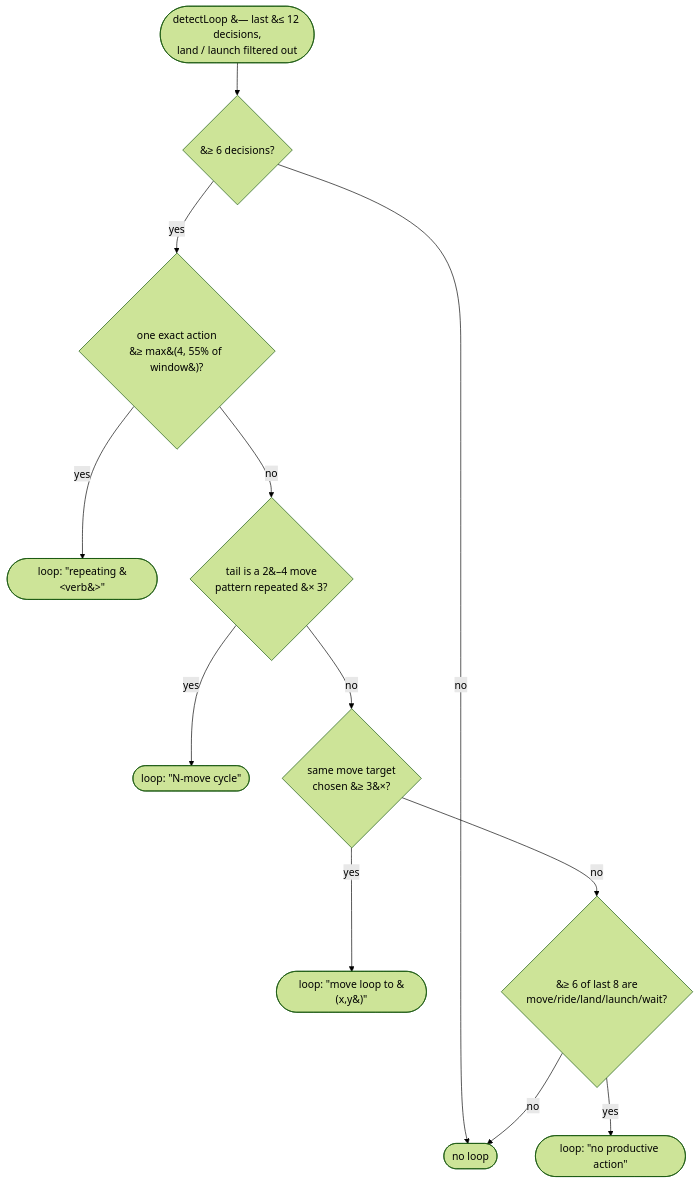
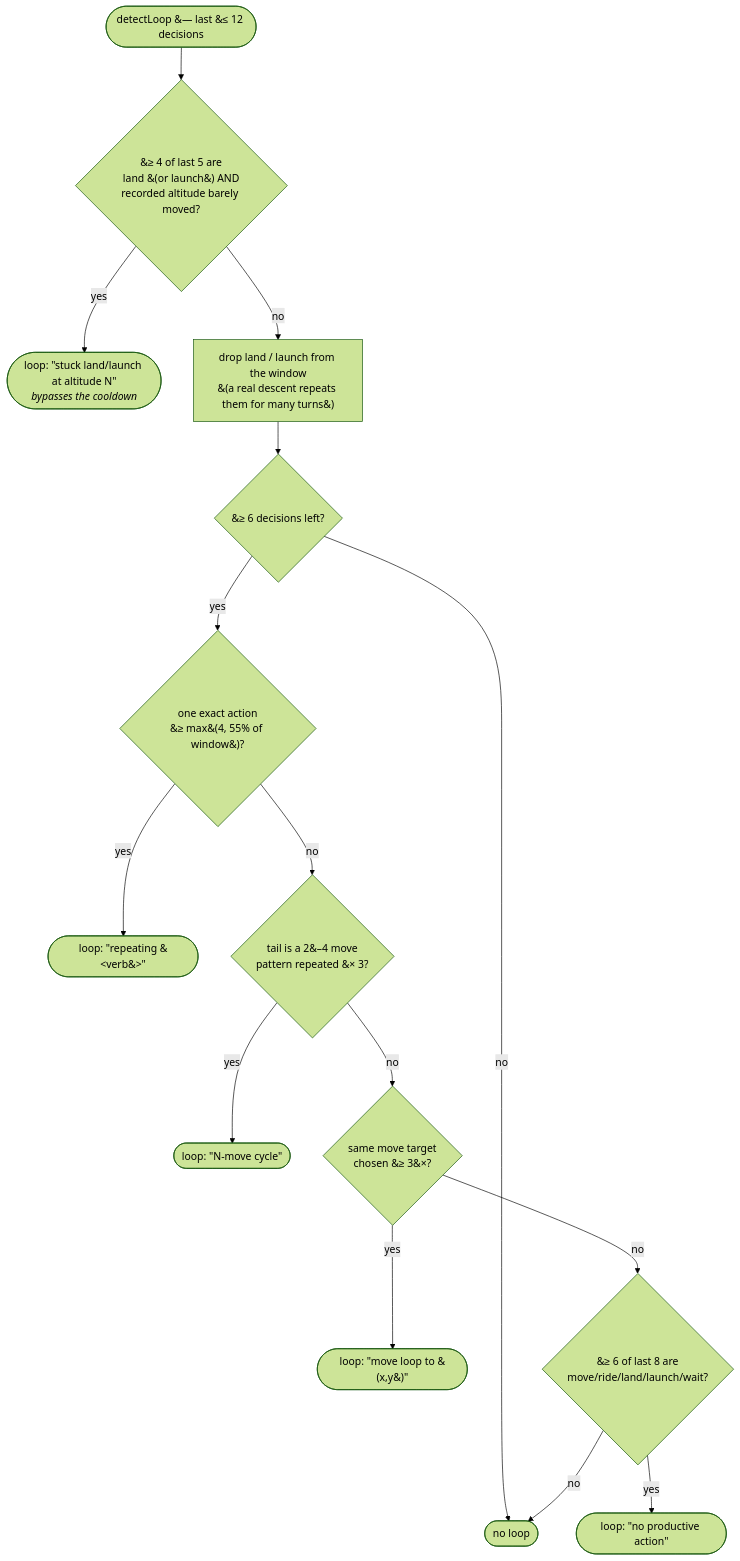
The third of 5 diagrams in docs/PLAYBOOK.md (discord-php/DiscordPHP-NHA), drawn with Mermaid (forest theme) before and after one commit. The commit also changed other lines of this file and 6 other files, not shown here.

First line of the commit message:
Release 3.1.20: detect a stuck descent; record blocked combines

````diff
--- a/docs/PLAYBOOK.md
+++ b/docs/PLAYBOOK.md
@@ -114,14 +111,17 @@
 ```mermaid
 flowchart TD
-    d([detectLoop &#8212; last &#8804; 12 decisions,<br/>land / launch filtered out]) --> n{&#8805; 6 decisions?}
+    d([detectLoop &#8212; last &#8804; 12 decisions]) --> c0{&#8805; 4 of last 5 are<br/>land &#40;or launch&#41; AND<br/>recorded altitude barely moved?}
+    c0 -- yes --> hit0([loop: &quot;stuck land/launch at altitude N&quot;<br/><i>bypasses the cooldown</i>])
+    c0 -- no --> f["drop land / launch from the window<br/>&#40;a real descent repeats them for many turns&#41;"]
+    f --> n{&#8805; 6 decisions left?}
     n -- no --> ok([no loop])
     n -- yes --> c1{one exact action<br/>&#8805; max&#40;4, 55% of window&#41;?}
     c1 -- yes --> hit([loop: &quot;repeating &#60;verb&#62;&quot;])
     c1 -- no --> c2{tail is a 2&#8211;4 move<br/>pattern repeated &#215; 3?}
     c2 -- yes --> hit2([loop: &quot;N-move cycle&quot;])
     c2 -- no --> c3{same move target<br/>chosen &#8805; 3&#215;?}
     c3 -- yes --> hit3([loop: &quot;move loop to &#40;x,y&#41;&quot;])
     c3 -- no --> c4{&#8805; 6 of last 8 are<br/>move/ride/land/launch/wait?}
     c4 -- yes --> hit4([loop: &quot;no productive action&quot;])
     c4 -- no --> ok
 ```
````
